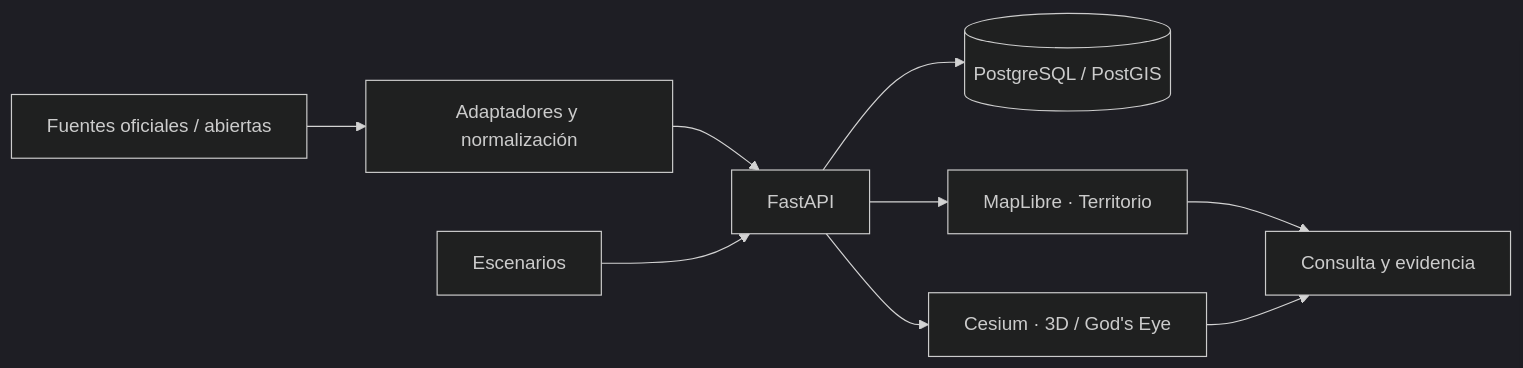
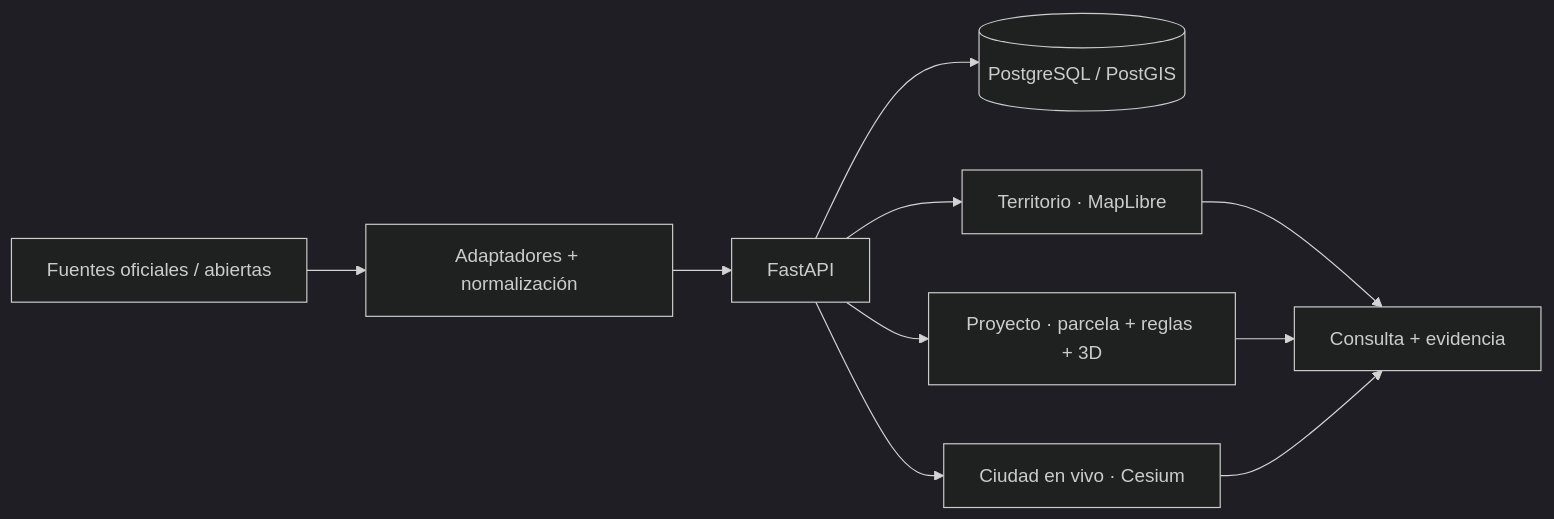
One commit to truquinio/sig-castelldefels-pro-portfolio changed the diagram in README.md. Above: the diagram before and after it, drawn with Mermaid (dark theme). The commit also changed other lines of this file and 1 other file, not shown here.

````diff
--- a/README.md
+++ b/README.md
@@ -68,11 +116,12 @@
-~~~mermaid
+```mermaid
 flowchart LR
-    O["Fuentes oficiales / abiertas"] --> A["Adaptadores y normalización"]
+    O["Fuentes oficiales / abiertas"] --> A["Adaptadores + normalización"]
     A --> API["FastAPI"]
     API --> DB[("PostgreSQL / PostGIS")]
-    API --> M["MapLibre · Territorio"]
-    API --> C["Cesium · 3D / God's Eye"]
-    M --> UX["Consulta y evidencia"]
+    API --> T["Territorio · MapLibre"]
+    API --> P["Proyecto · parcela + reglas + 3D"]
+    API --> C["Ciudad en vivo · Cesium"]
+    T --> UX["Consulta + evidencia"]
+    P --> UX
     C --> UX
-    S["Escenarios"] --> API
-~~~
+```
````
